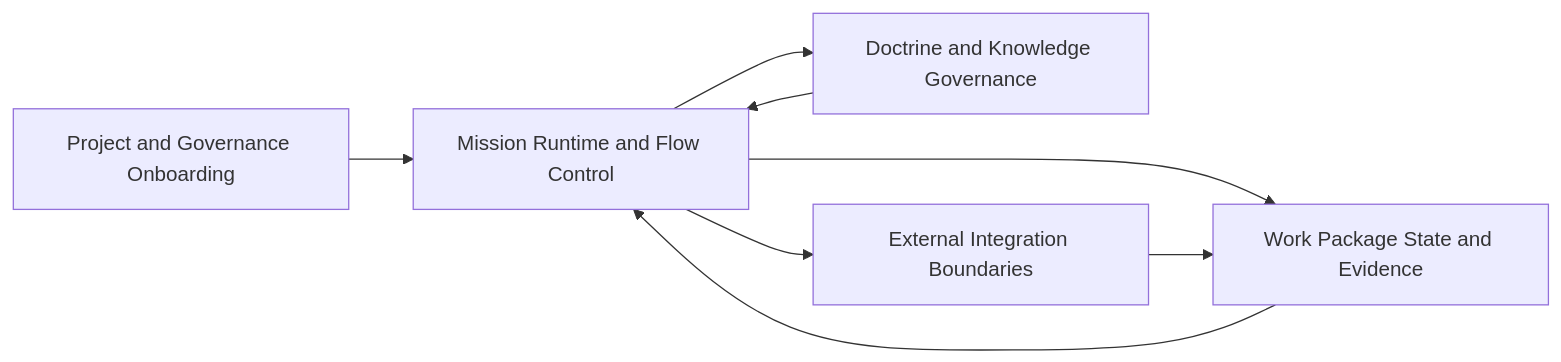
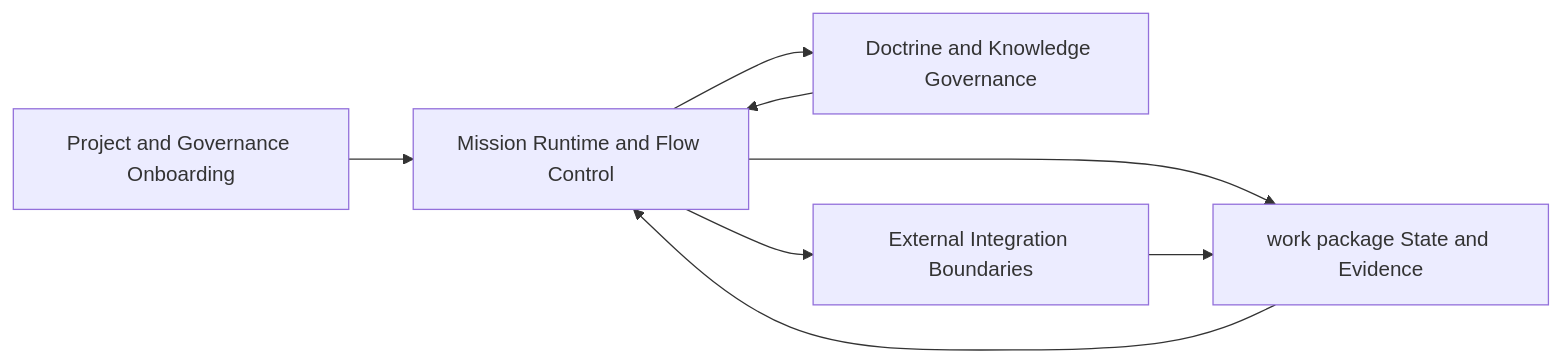
One commit to Priivacy-ai/spec-kitty changed the first of 3 diagrams in docs/architecture/README-2.x.md. Above: the diagram before and after it, drawn with Mermaid. The commit also changed other lines of this file and 72 other files, not shown here.

````diff
--- a/docs/architecture/README-2.x.md
+++ b/docs/architecture/README-2.x.md
@@ -81,16 +81,16 @@
 ```mermaid
 flowchart LR
     onboarding[Project and Governance Onboarding]
     runtime[Mission Runtime and Flow Control]
     doctrine[Doctrine and Knowledge Governance]
-    state[Work Package State and Evidence]
+    state[work package State and Evidence]
     external[External Integration Boundaries]
 
     onboarding --> runtime
     runtime --> doctrine
     runtime --> state
     doctrine --> runtime
     state --> runtime
     runtime --> external
     external --> state
 ```
````
